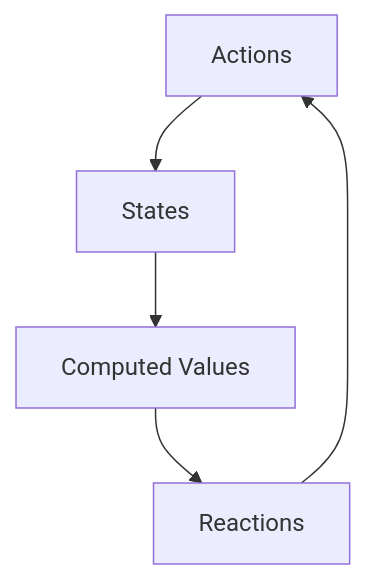
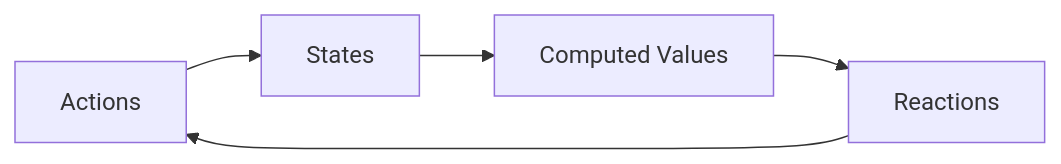
Before and after one commit to jim-king-2000/the_thin_front_end: the diagram in lesson12.md, drawn with Mermaid.

````diff
--- a/lesson12.md
+++ b/lesson12.md
@@ -8,7 +8,4 @@
 ```mermaid
-graph TD;
-  Actions --> States;
-  States --> C[Computed Values];
-  C --> Reactions;
-  Reactions --> Actions;
+graph LR;
+  A[Actions] --> States --> C[Computed Values]--> R[Reactions] --> A;
 ```
````
